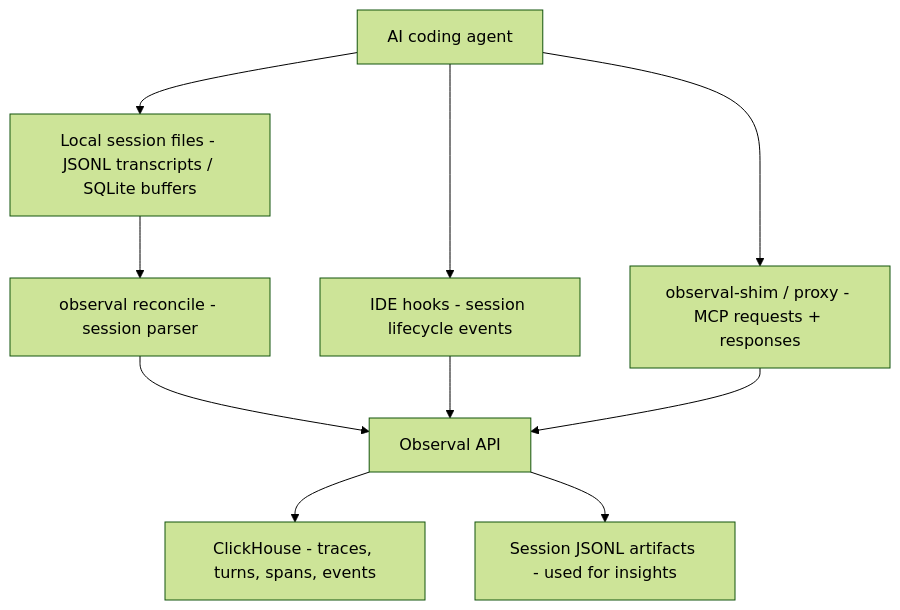
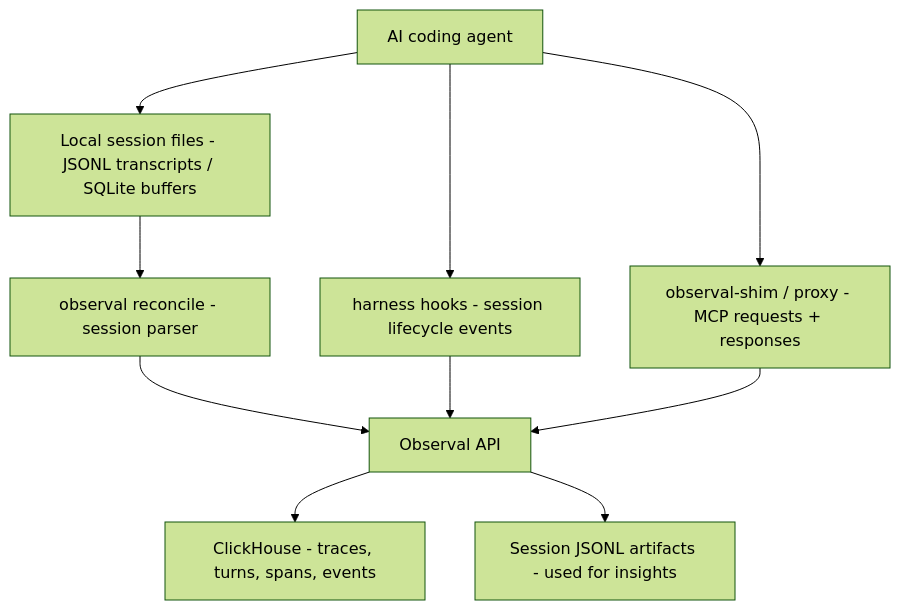
The diagram in docs/self-hosting/telemetry-pipeline.md (Observal/Observal), drawn with Mermaid (forest theme) before and after one commit. The commit also changed other lines of this file and 45 other files, not shown here.

````diff
--- a/docs/self-hosting/telemetry-pipeline.md
+++ b/docs/self-hosting/telemetry-pipeline.md
@@ -12,21 +12,21 @@
 ```mermaid
 flowchart TB
     ide["AI coding agent"]
     sessionFiles["Local session files - JSONL transcripts / SQLite buffers"]
     reconcile["observal reconcile - session parser"]
-    hooks["IDE hooks - session lifecycle events"]
+    hooks["harness hooks - session lifecycle events"]
     shim["observal-shim / proxy - MCP requests + responses"]
     api["Observal API"]
     ch["ClickHouse - traces, turns, spans, events"]
     sessionStore["Session JSONL artifacts - used for insights"]
 
     ide --> sessionFiles
     sessionFiles --> reconcile
     reconcile --> api
     ide --> hooks
     hooks --> api
     ide --> shim
     shim --> api
     api --> ch
     api --> sessionStore
 ```
````
